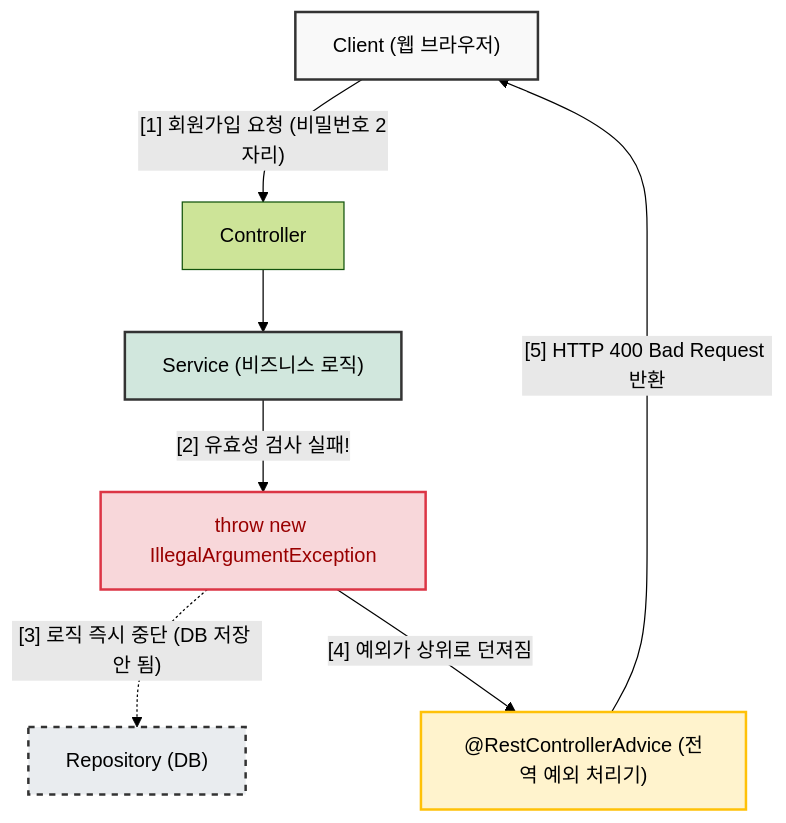
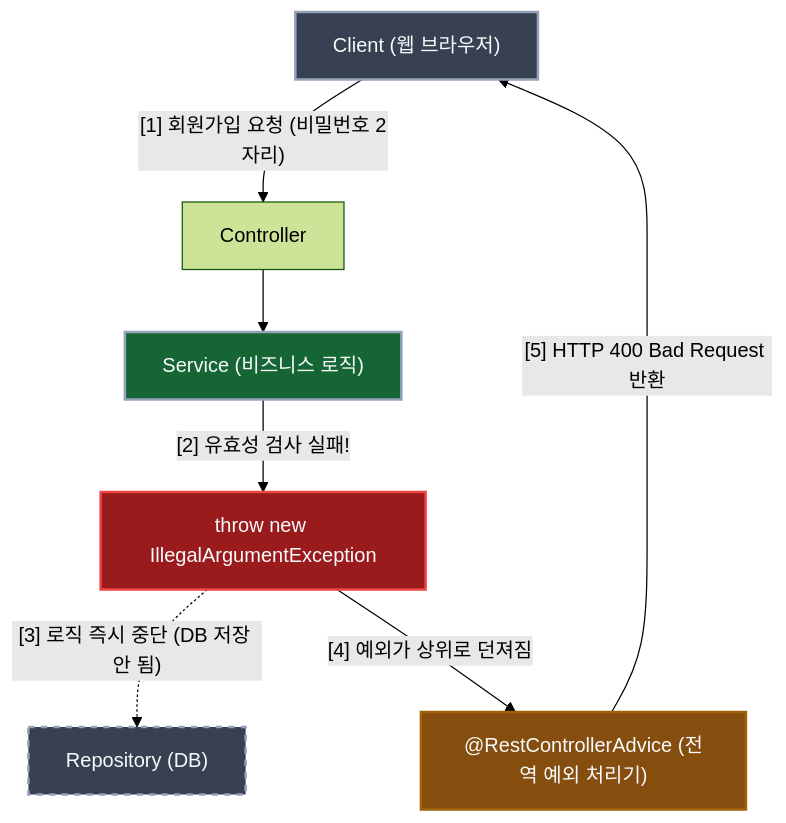
One commit to Kang-Hyesung/kang-hyesung.github.io changed the second of 3 diagrams in _posts/java/11-예외처리/2026-02-25-두-가지-예외-종류.md. Above: the diagram before and after it, drawn with Mermaid (forest theme). The commit also changed other lines of this file and 74 other files, not shown here.

Commit message:
docs: update post visibility and mermaid colors

````diff
--- a/_posts/java/11-예외처리/2026-02-25-두-가지-예외-종류.md
+++ b/_posts/java/11-예외처리/2026-02-25-두-가지-예외-종류.md
@@ -121,20 +121,20 @@
 ```mermaid
 graph TD
     A["Client (웹 브라우저)"] -->|"[1] 회원가입 요청 (비밀번호 2자리)"| B["Controller"]
     B --> C["Service (비즈니스 로직)"]
     
     C -->|"[2] 유효성 검사 실패!"| D["throw new IllegalArgumentException"]
     
     D -.->|"[3] 로직 즉시 중단 (DB 저장 안 됨)"| E["Repository (DB)"]
     
     D -->|"[4] 예외가 상위로 던져짐"| F["@RestControllerAdvice (전역 예외 처리기)"]
     
     F -->|"[5] HTTP 400 Bad Request 반환"| A
     
     %% 스타일
-    style A fill:#f9f9f9,stroke:#333,stroke-width:2px
-    style C fill:#d1e7dd,stroke:#333,stroke-width:2px
-    style D fill:#f8d7da,stroke:#dc3545,stroke-width:2px,color:#900
-    style E fill:#e9ecef,stroke:#333,stroke-width:2px,stroke-dasharray: 5 5
-    style F fill:#fff3cd,stroke:#ffc107,stroke-width:2px
+    style A fill:#374151,stroke:#94a3b8,stroke-width:2px,color:#f8fafc
+    style C fill:#166534,stroke:#94a3b8,stroke-width:2px,color:#f8fafc
+    style D fill:#991b1b,stroke:#ef4444,stroke-width:2px,color:#f8fafc
+    style E fill:#374151,stroke:#94a3b8,stroke-width:2px,stroke-dasharray: 5 5,color:#f8fafc
+    style F fill:#854d0e,stroke:#a16207,stroke-width:2px,color:#f8fafc
 ```
````
